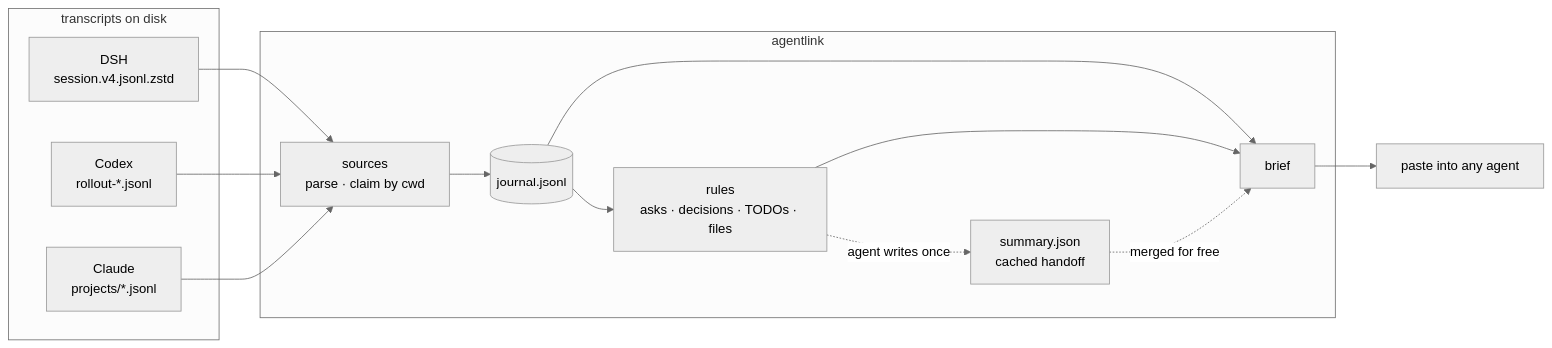
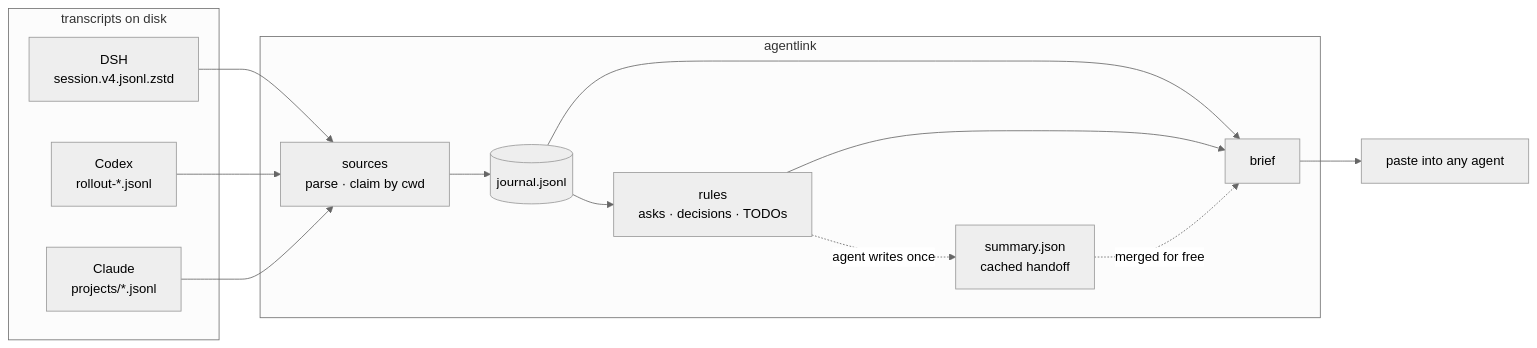
One commit to gougougouz/agent-context-bridge changed the diagram in README.md. Above: the diagram before and after it, drawn with Mermaid (neutral theme). The commit also changed other lines of this file and 4 other files, not shown here.

First line of the commit message:
docs: README 收一遍 —— 175 行，留一张图，深的挪进 docs

````diff
--- a/README.md
+++ b/README.md
@@ -156,27 +117,27 @@
 ```mermaid
 flowchart LR
     subgraph disk["transcripts on disk"]
         D["DSH<br/>session.v4.jsonl.zstd"]
         C["Codex<br/>rollout-*.jsonl"]
         K["Claude<br/>projects/*.jsonl"]
     end
 
     subgraph tool["agentlink"]
         S["sources<br/>parse · claim by cwd"]
         J[("journal.jsonl")]
-        R["rules<br/>asks · decisions · TODOs · files"]
+        R["rules<br/>asks · decisions · TODOs"]
         M["summary.json<br/>cached handoff"]
         B["brief"]
     end
 
     D --> S
     C --> S
     K --> S
     S --> J
     J --> R
     J --> B
     R --> B
     R -.->|"agent writes once"| M
     M -.->|"merged for free"| B
     B --> OUT["paste into any agent"]
 ```
````
